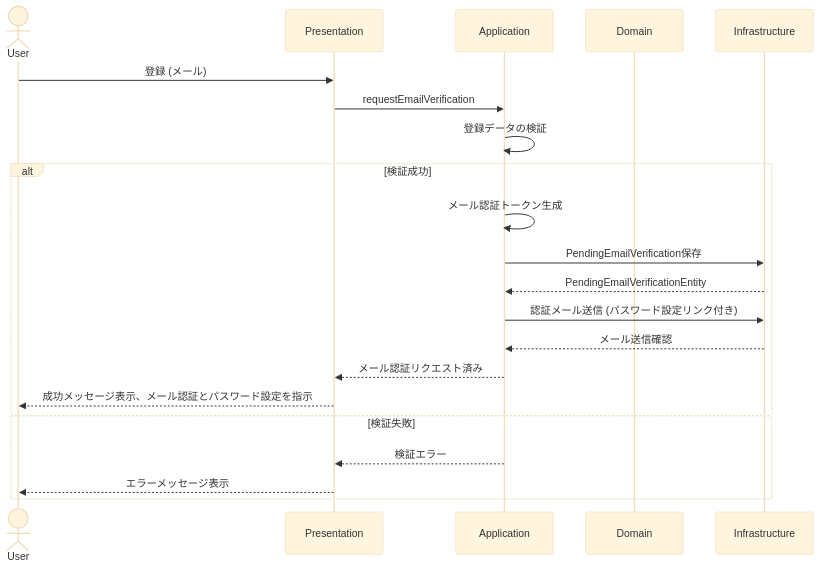
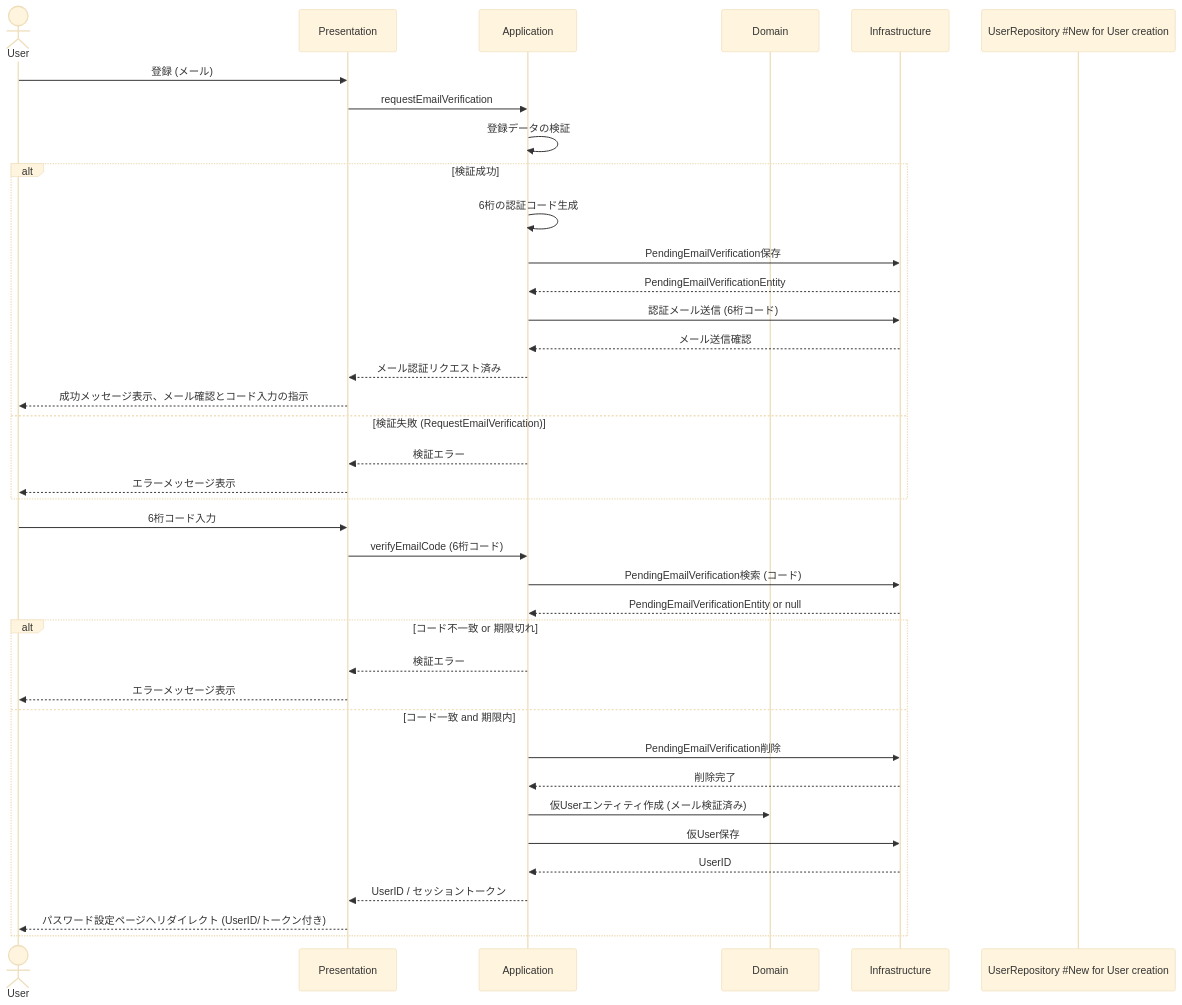
One commit to shige1114/job-authenticate changed the diagram in src/Modules/Authenticate/packages/Docs/diagrams/user_registration_sequence.md. Above: the diagram before and after it, drawn with Mermaid (base theme). The commit also changed other lines of this file and 16 other files, not shown here.

````diff
--- a/src/Modules/Authenticate/packages/Docs/diagrams/user_registration_sequence.md
+++ b/src/Modules/Authenticate/packages/Docs/diagrams/user_registration_sequence.md
@@ -1,24 +1,42 @@
 ```mermaid
 sequenceDiagram
     actor User
     participant Presentation
     participant Application
     participant Domain
     participant Infrastructure
+    participant UserRepository #New for User creation
 
     User->>Presentation: 登録 (メール)
     Presentation->>Application: requestEmailVerification
     Application->>Application: 登録データの検証
     alt 検証成功
-        Application->>Application: メール認証トークン生成
+        Application->>Application: 6桁の認証コード生成
         Application->>Infrastructure: PendingEmailVerification保存
         Infrastructure-->>Application: PendingEmailVerificationEntity
-        Application->>Infrastructure: 認証メール送信 (パスワード設定リンク付き)
+        Application->>Infrastructure: 認証メール送信 (6桁コード)
         Infrastructure-->>Application: メール送信確認
         Application-->>Presentation: メール認証リクエスト済み
-        Presentation-->>User: 成功メッセージ表示、メール認証とパスワード設定を指示
-    else 検証失敗
+        Presentation-->>User: 成功メッセージ表示、メール確認とコード入力の指示
+    else 検証失敗 (RequestEmailVerification)
         Application-->>Presentation: 検証エラー
         Presentation-->>User: エラーメッセージ表示
     end
+
+    User->>Presentation: 6桁コード入力
+    Presentation->>Application: verifyEmailCode (6桁コード)
+    Application->>Infrastructure: PendingEmailVerification検索 (コード)
+    Infrastructure-->>Application: PendingEmailVerificationEntity or null
+    alt コード不一致 or 期限切れ
+        Application-->>Presentation: 検証エラー
+        Presentation-->>User: エラーメッセージ表示
+    else コード一致 and 期限内
+        Application->>Infrastructure: PendingEmailVerification削除
+        Infrastructure-->>Application: 削除完了
+        Application->>Domain: 仮Userエンティティ作成 (メール検証済み)
+        Application->>Infrastructure: 仮User保存
+        Infrastructure-->>Application: UserID
+        Application-->>Presentation: UserID / セッショントークン
+        Presentation-->>User: パスワード設定ページへリダイレクト (UserID/トークン付き)
+    end
 ```
````
